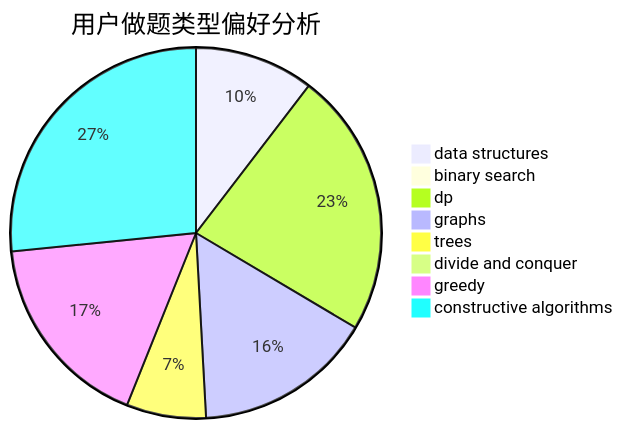
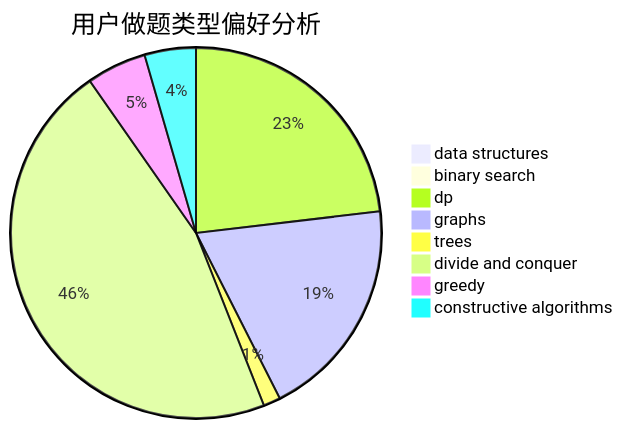
One commit to sherpahu/cfrs.github.io changed the second of 3 diagrams in docs/user/u457.md. Above: the diagram before and after it, drawn with Mermaid. The commit also changed other lines of this file and 2770 other files, not shown here.

````diff
--- a/docs/user/u457.md
+++ b/docs/user/u457.md
@@ -23,11 +23,11 @@
 ```mermaid
 pie title 用户做题类型偏好分析
-    "data structures" :  18
+    "data structures" :  0
     "binary search" :  0
-    "dp" :  40
-    "graphs" :  27
-    "trees" :  12
-    "divide and conquer" :  0
-    "greedy" :  30
-    "constructive algorithms" :  46
+    "dp" :  31
+    "graphs" :  26
+    "trees" :  2
+    "divide and conquer" :  62
+    "greedy" :  7
+    "constructive algorithms" :  6
 ```
````
